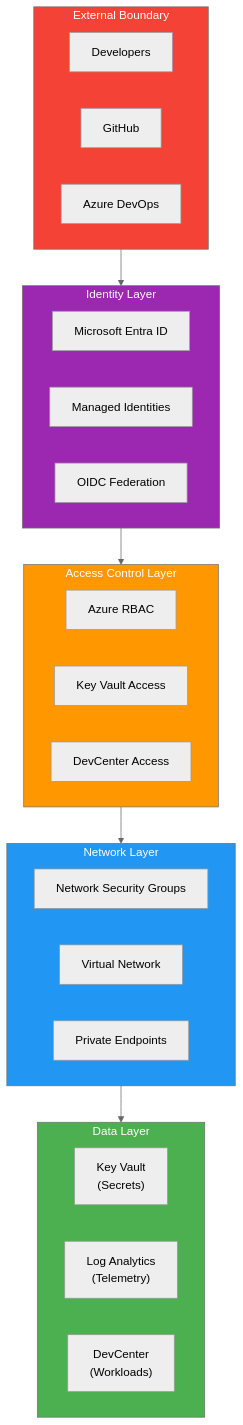
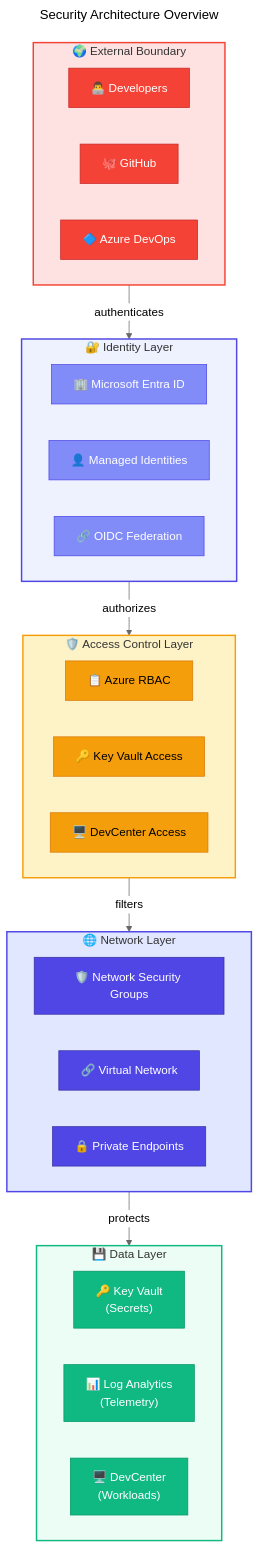
One commit to Evilazaro/DevExp-DevBox changed the first of 10 diagrams in docs/architecture/05-security-architecture.md. Above: the diagram before and after it, drawn with Mermaid (neutral theme). The commit also changed other lines of this file, not shown here.

Commit message:
Enhance security architecture documentation by adding emojis, improving diagram styles, and refining connections for better clarity and navigation.

````diff
--- a/docs/architecture/05-security-architecture.md
+++ b/docs/architecture/05-security-architecture.md
@@ -63,43 +63,65 @@
 ```mermaid
+---
+title: Security Architecture Overview
+---
 flowchart TB
-    subgraph External["External Boundary"]
-        DEV["Developers"]
-        GH["GitHub"]
-        ADO["Azure DevOps"]
+    %% ===== EXTERNAL BOUNDARY =====
+    subgraph External["🌍 External Boundary"]
+        DEV["👨‍💻 Developers"]
+        GH["🐙 GitHub"]
+        ADO["🔷 Azure DevOps"]
     end
     
-    subgraph Identity["Identity Layer"]
-        AAD["Microsoft Entra ID"]
-        MI["Managed Identities"]
-        OIDC["OIDC Federation"]
+    %% ===== IDENTITY LAYER =====
+    subgraph Identity["🔐 Identity Layer"]
+        AAD["🏢 Microsoft Entra ID"]
+        MI["👤 Managed Identities"]
+        OIDC["🔗 OIDC Federation"]
     end
     
-    subgraph Access["Access Control Layer"]
-        RBAC["Azure RBAC"]
-        KVA["Key Vault Access"]
-        DCA["DevCenter Access"]
+    %% ===== ACCESS CONTROL LAYER =====
+    subgraph Access["🛡️ Access Control Layer"]
+        RBAC["📋 Azure RBAC"]
+        KVA["🔑 Key Vault Access"]
+        DCA["🖥️ DevCenter Access"]
     end
     
-    subgraph Network["Network Layer"]
-        NSG["Network Security Groups"]
-        VNET["Virtual Network"]
-        PE["Private Endpoints"]
+    %% ===== NETWORK LAYER =====
+    subgraph Network["🌐 Network Layer"]
+        NSG["🛡️ Network Security Groups"]
+        VNET["🔗 Virtual Network"]
+        PE["🔒 Private Endpoints"]
     end
     
-    subgraph Data["Data Layer"]
-        KV["Key Vault\n(Secrets)"]
-        LA["Log Analytics\n(Telemetry)"]
-        DC["DevCenter\n(Workloads)"]
+    %% ===== DATA LAYER =====
+    subgraph Data["💾 Data Layer"]
+        KV["🔑 Key Vault<br/>(Secrets)"]
+        LA["📊 Log Analytics<br/>(Telemetry)"]
+        DC["🖥️ DevCenter<br/>(Workloads)"]
     end
     
-    External --> Identity
-    Identity --> Access
-    Access --> Network
-    Network --> Data
+    %% ===== CONNECTIONS =====
+    External -->|authenticates| Identity
+    Identity -->|authorizes| Access
+    Access -->|filters| Network
+    Network -->|protects| Data
     
-    style External fill:#F44336,color:#fff
-    style Identity fill:#9C27B0,color:#fff
-    style Access fill:#FF9800,color:#fff
-    style Network fill:#2196F3,color:#fff
-    style Data fill:#4CAF50,color:#fff
+    %% ===== STYLES =====
+    classDef failed fill:#F44336,stroke:#C62828,color:#FFFFFF
+    classDef trigger fill:#818CF8,stroke:#4F46E5,color:#FFFFFF
+    classDef datastore fill:#F59E0B,stroke:#D97706,color:#000000
+    classDef primary fill:#4F46E5,stroke:#3730A3,color:#FFFFFF
+    classDef secondary fill:#10B981,stroke:#059669,color:#FFFFFF
+    
+    class DEV,GH,ADO failed
+    class AAD,MI,OIDC trigger
+    class RBAC,KVA,DCA datastore
+    class NSG,VNET,PE primary
+    class KV,LA,DC secondary
+    
+    style External fill:#FEE2E2,stroke:#F44336,stroke-width:2px
+    style Identity fill:#EEF2FF,stroke:#4F46E5,stroke-width:2px
+    style Access fill:#FEF3C7,stroke:#F59E0B,stroke-width:2px
+    style Network fill:#E0E7FF,stroke:#4F46E5,stroke-width:2px
+    style Data fill:#ECFDF5,stroke:#10B981,stroke-width:2px
 ```
````
